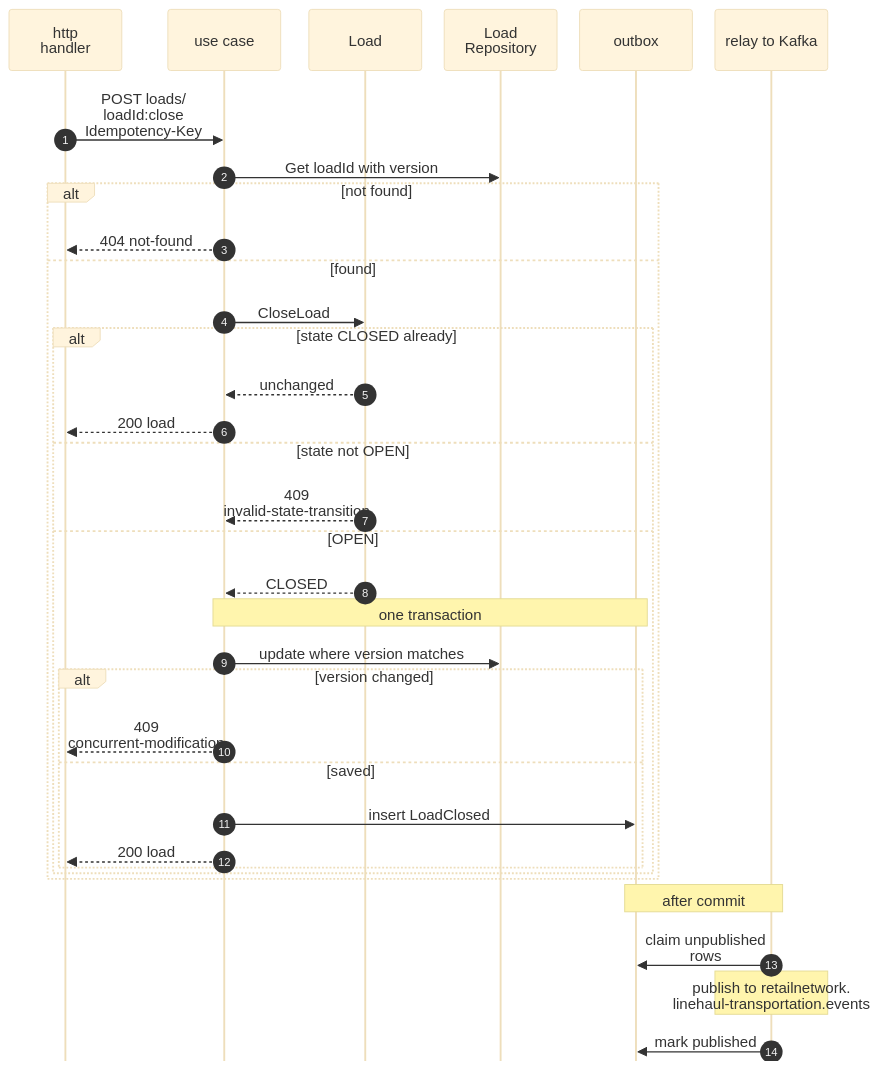
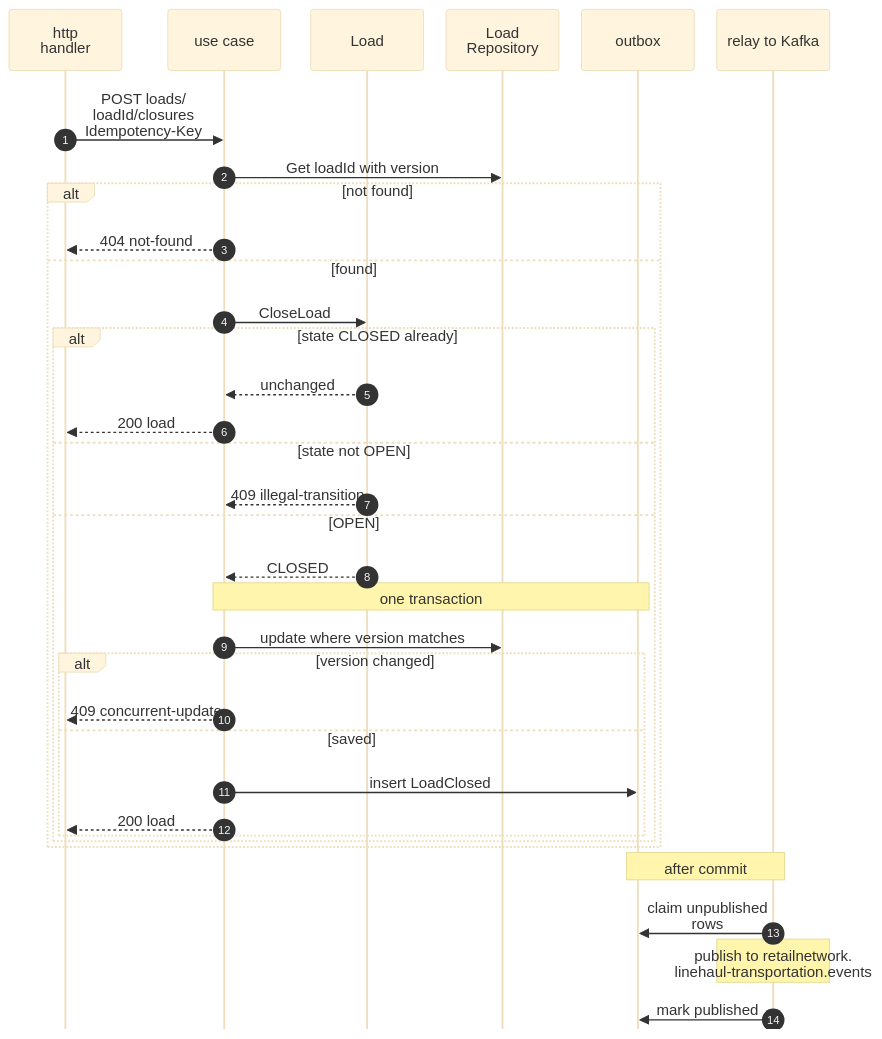
Before and after one commit to IQVO/warehouse-docs: diagram 13 of 15 in network/docs/contexts/linehaul-transportation/sequence-diagrams.md, drawn with Mermaid (base theme). The commit also changed other lines of this file and 8 other files, not shown here.

````diff
--- a/network/docs/contexts/linehaul-transportation/sequence-diagrams.md
+++ b/network/docs/contexts/linehaul-transportation/sequence-diagrams.md
@@ -569,38 +515,38 @@
 ```mermaid
 %%{init: {"sequence": {"wrap": true, "width": 120, "actorMargin": 24, "messageMargin": 28, "boxMargin": 6, "noteMargin": 6, "mirrorActors": false}}}%%
 sequenceDiagram
     autonumber
     participant H as http<br/>handler
     participant U as use case
     participant A as Load
     participant R as Load<br/>Repository
     participant O as outbox
     participant RL as relay to Kafka
-    H->>U: POST loads/<br/>loadId:close<br/>Idempotency-Key
+    H->>U: POST loads/<br/>loadId/closures<br/>Idempotency-Key
     U->>R: Get loadId with version
     alt not found
         U-->>H: 404 not-found
     else found
         U->>A: CloseLoad
         alt state CLOSED already
             A-->>U: unchanged
             U-->>H: 200 load
         else state not OPEN
-            A-->>U: 409 invalid-state-transition
+            A-->>U: 409 illegal-transition
         else OPEN
             A-->>U: CLOSED
             Note over U,O: one transaction
             U->>R: update where version matches
             alt version changed
-                U-->>H: 409 concurrent-modification
+                U-->>H: 409 concurrent-update
             else saved
                 U->>O: insert LoadClosed
                 U-->>H: 200 load
             end
         end
     end
     Note over O,RL: after commit
     RL->>O: claim unpublished rows
     Note over RL: publish to retailnetwork.<br/>linehaul-transportation.events
     RL->>O: mark published
 ```
````
